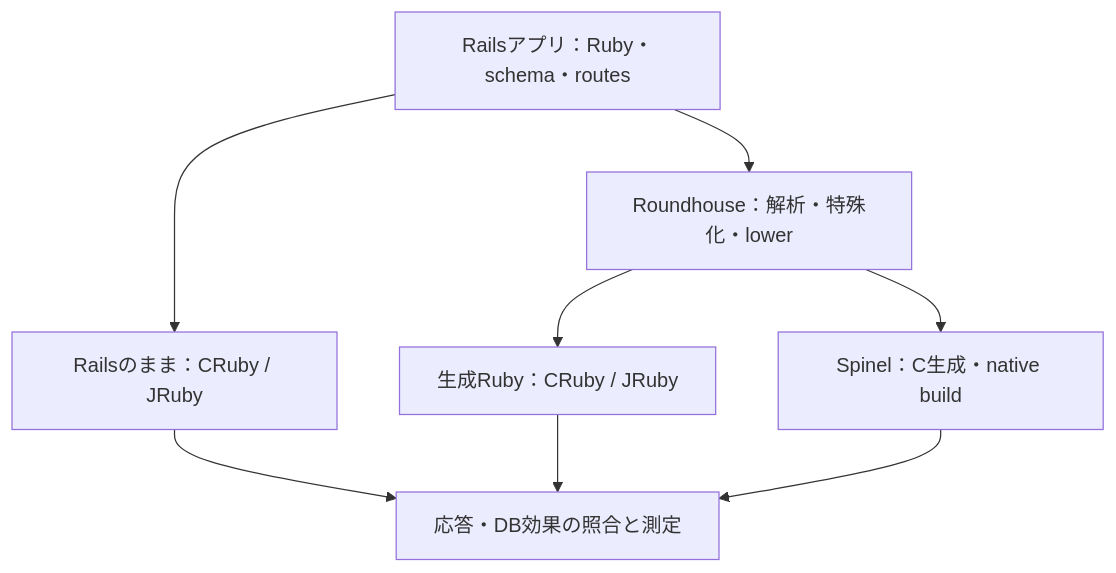
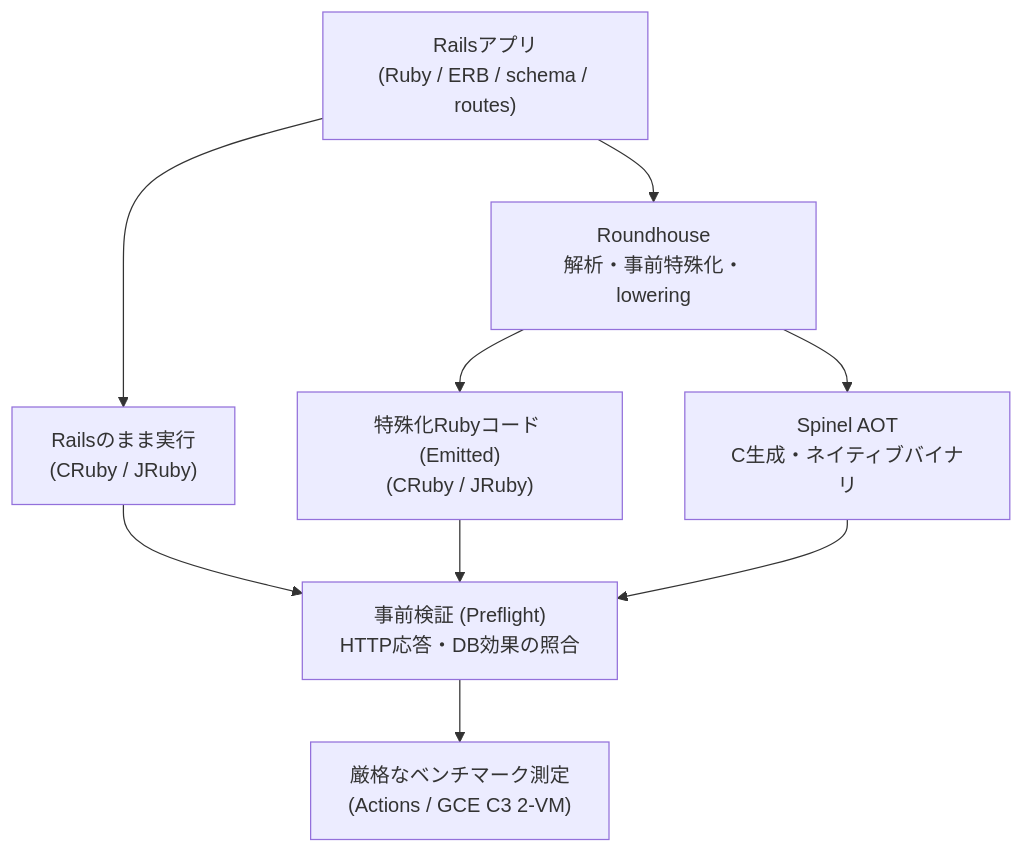
Before and after one commit to koduki/example-rails-aot: the first of 2 diagrams in docs/roundhouse-rails-jit-aot-report.md, drawn with Mermaid. The commit also changed other lines of this file and 3 other files, not shown here.

````diff
--- a/docs/roundhouse-rails-jit-aot-report.md
+++ b/docs/roundhouse-rails-jit-aot-report.md
@@ -61,10 +70,11 @@
 ```mermaid
 flowchart TD
-  A["Railsアプリ：Ruby・schema・routes"] --> B["Railsのまま：CRuby / JRuby"]
-  A --> C["Roundhouse：解析・特殊化・lower"]
-  C --> D["生成Ruby：CRuby / JRuby"]
-  C --> E["Spinel：C生成・native build"]
-  B --> F["応答・DB効果の照合と測定"]
+  A["Railsアプリ<br/>(Ruby / ERB / schema / routes)"] --> B["Railsのまま実行<br/>(CRuby / JRuby)"]
+  A --> C["Roundhouse<br/>解析・事前特殊化・lowering"]
+  C --> D["特殊化Rubyコード (Emitted)<br/>(CRuby / JRuby)"]
+  C --> E["Spinel AOT<br/>C生成・ネイティブバイナリ"]
+  B --> F["事前検証 (Preflight)<br/>HTTP応答・DB効果の照合"]
   D --> F
   E --> F
+  F --> G["厳格なベンチマーク測定<br/>(Actions / GCE C3 2-VM)"]
 ```
````
